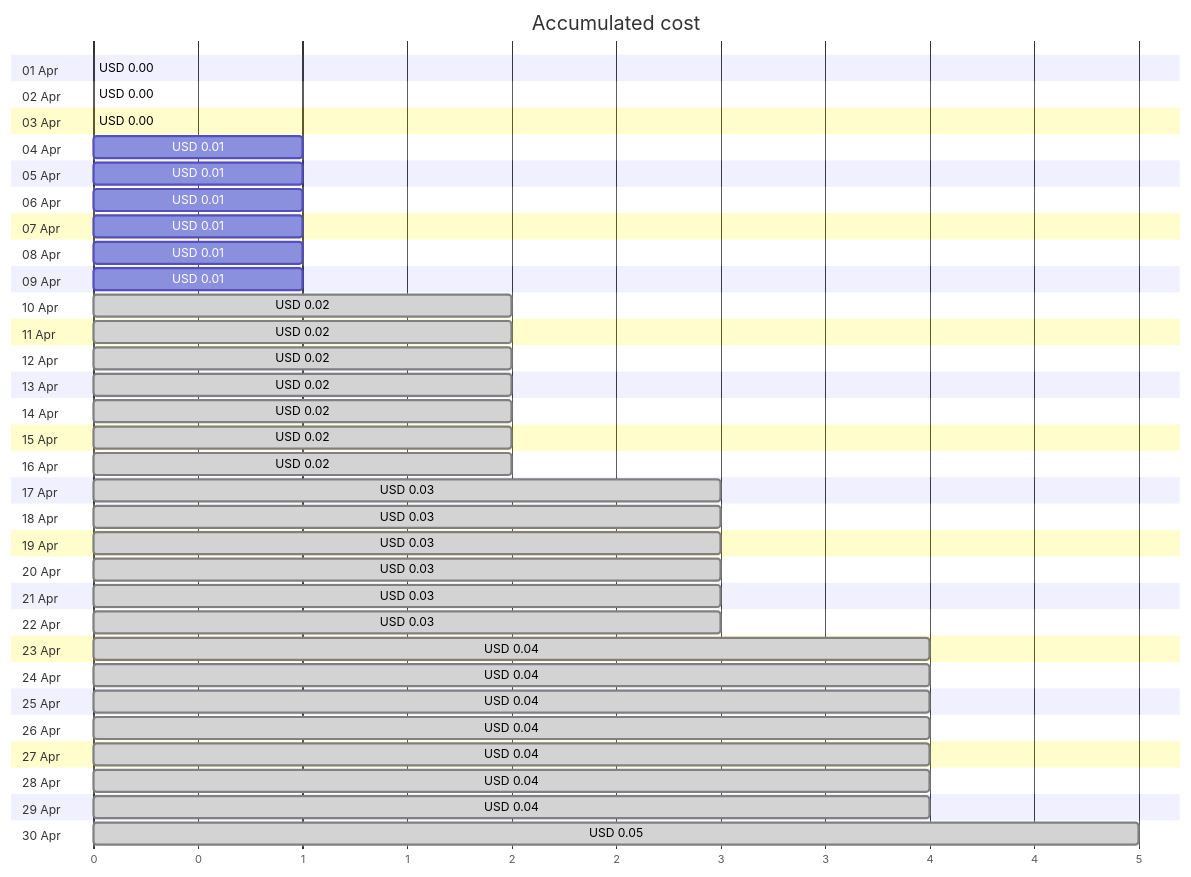
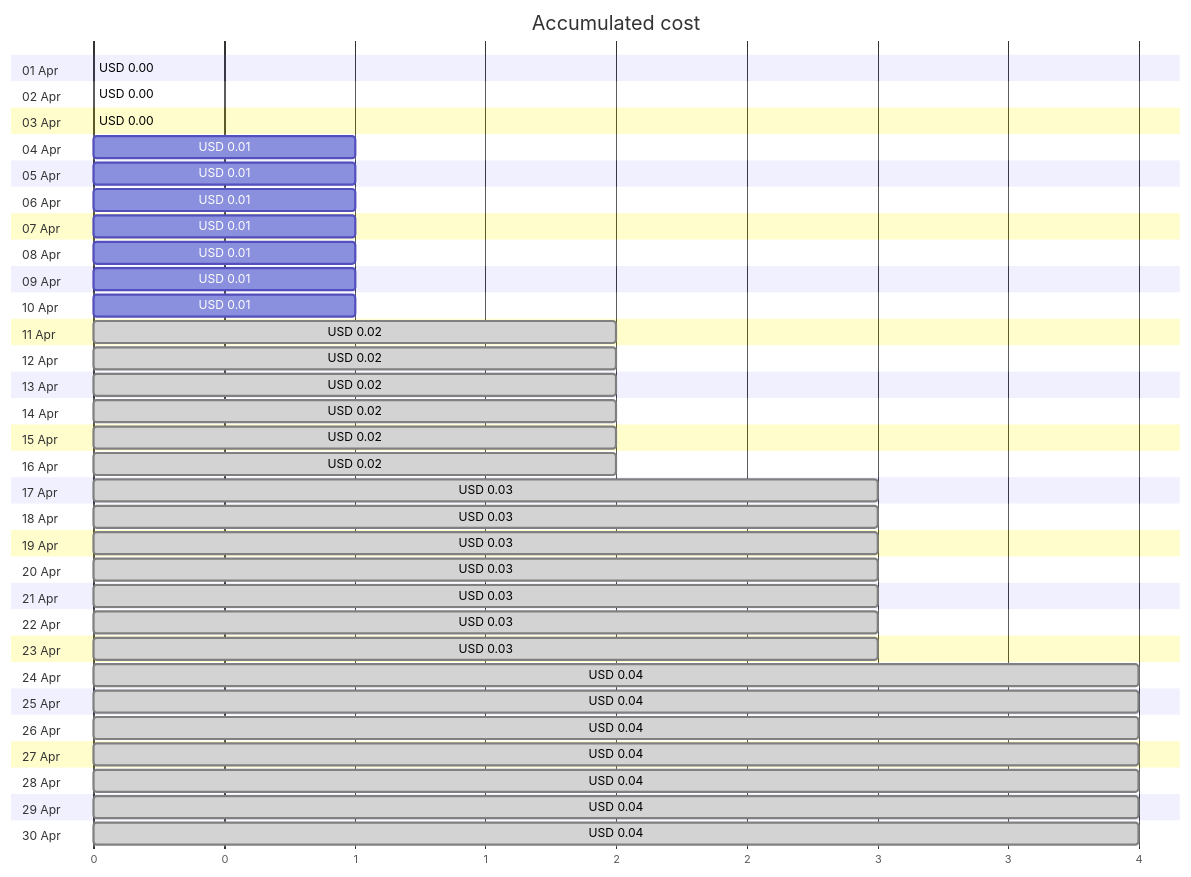
Before and after one commit to jpfulton/azure-personal-reports: the first of 4 diagrams in cost-reports/personal-site/personalsiteapistorage.md, drawn with Mermaid. The commit also changed other lines of this file and 7 other files, not shown here.

````diff
--- a/cost-reports/personal-site/personalsiteapistorage.md
+++ b/cost-reports/personal-site/personalsiteapistorage.md
@@ -20,66 +20,66 @@
 ```mermaid
 gantt
    title Accumulated cost
    dateFormat  X
    axisFormat %s
    section 01 Apr
    USD 0.00 :0, 0
    section 02 Apr
    USD 0.00 :0, 0
    section 03 Apr
    USD 0.00 :0, 0
    section 04 Apr
    USD 0.01 :0, 1
    section 05 Apr
    USD 0.01 :0, 1
    section 06 Apr
    USD 0.01 :0, 1
    section 07 Apr
    USD 0.01 :0, 1
    section 08 Apr
    USD 0.01 :0, 1
    section 09 Apr
    USD 0.01 :0, 1
    section 10 Apr
-   USD 0.02 : done, 0, 2
+   USD 0.01 :0, 1
    section 11 Apr
    USD 0.02 : done, 0, 2
    section 12 Apr
    USD 0.02 : done, 0, 2
    section 13 Apr
    USD 0.02 : done, 0, 2
    section 14 Apr
    USD 0.02 : done, 0, 2
    section 15 Apr
    USD 0.02 : done, 0, 2
    section 16 Apr
    USD 0.02 : done, 0, 2
    section 17 Apr
    USD 0.03 : done, 0, 3
    section 18 Apr
    USD 0.03 : done, 0, 3
    section 19 Apr
    USD 0.03 : done, 0, 3
    section 20 Apr
    USD 0.03 : done, 0, 3
    section 21 Apr
    USD 0.03 : done, 0, 3
    section 22 Apr
    USD 0.03 : done, 0, 3
    section 23 Apr
-   USD 0.04 : done, 0, 4
+   USD 0.03 : done, 0, 3
    section 24 Apr
    USD 0.04 : done, 0, 4
    section 25 Apr
    USD 0.04 : done, 0, 4
    section 26 Apr
    USD 0.04 : done, 0, 4
    section 27 Apr
    USD 0.04 : done, 0, 4
    section 28 Apr
    USD 0.04 : done, 0, 4
    section 29 Apr
    USD 0.04 : done, 0, 4
    section 30 Apr
-   USD 0.05 : done, 0, 5
+   USD 0.04 : done, 0, 4
 ```
````
